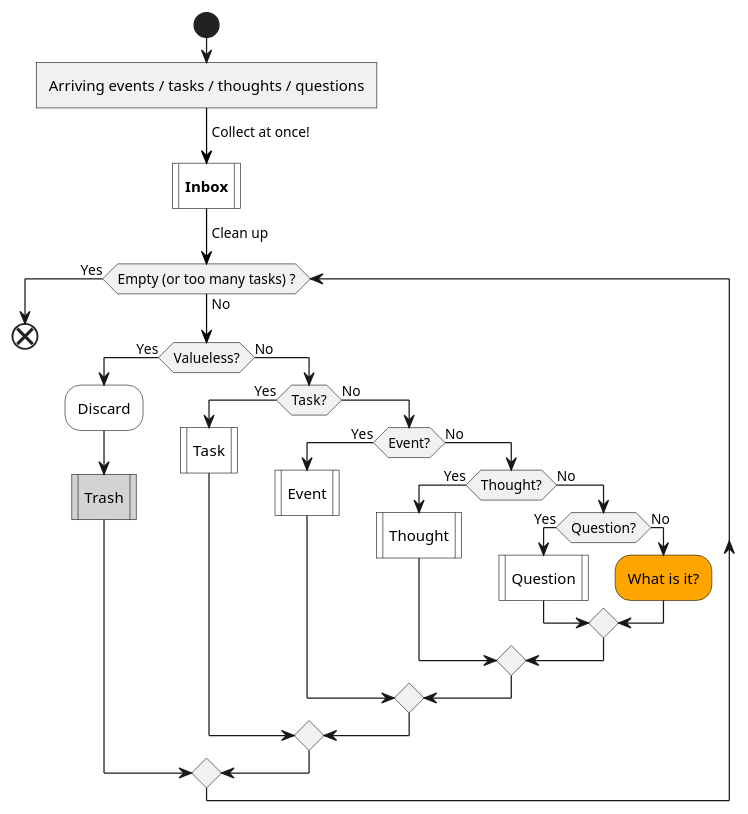
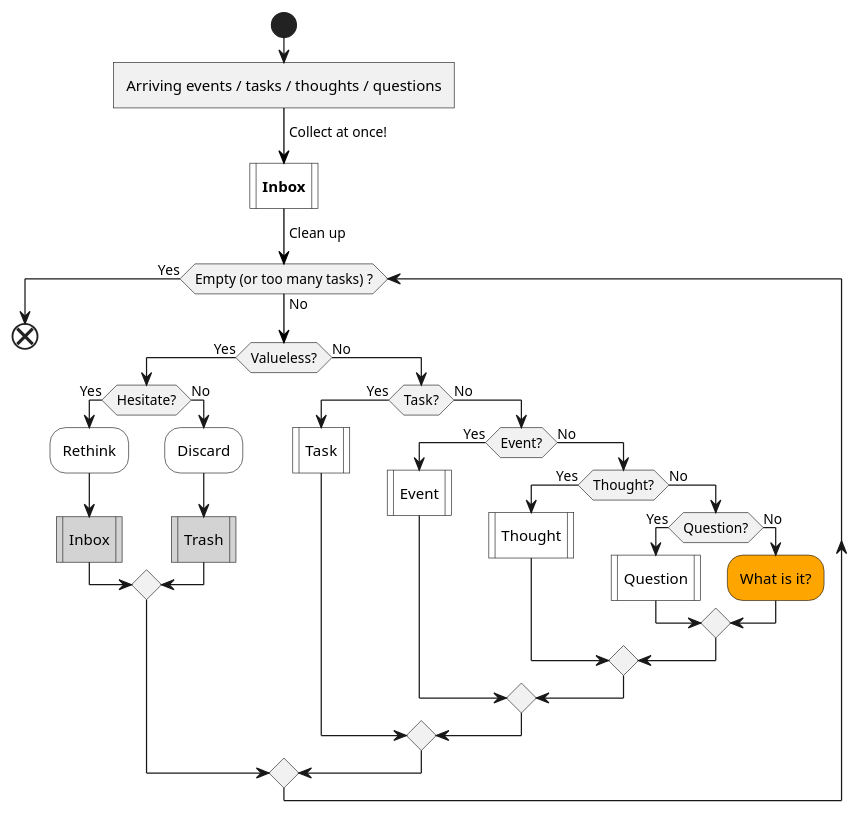
Before and after one commit to IceHe/icehe-lib: the first of 4 diagrams in lifelogs/rehabilitation.md, drawn with PlantUML.

Commit message:
2020-12-19 15:47:03 Sat

````diff
--- a/lifelogs/rehabilitation.md
+++ b/lifelogs/rehabilitation.md
@@ -186,34 +186,39 @@
 ```plantuml
 @startuml
 start
 :Arriving events / tasks / thoughts / questions]
 -[#black]-> Collect at once!;
 #white:**Inbox**|
 -[#black]-> Clean up;
 while (Empty (or too many tasks) ?) is (No)
     if (Valueless?) then (Yes)
-        #white:Discard;
-        #lightGray:Trash|
+        if (Hesitate?) then (Yes)
+            #white:Rethink;
+            #lightGray:Inbox|
+        else (No)
+            #white:Discard;
+            #lightGray:Trash|
+        endif
     else (No)
         if (Task?) then (Yes)
             #white:Task|
         else (No)
             if (Event?) then (Yes)
                 #white:Event|
             else (No)
                 if (Thought?) then (Yes)
                     #white:Thought|
                 else (No)
                     if (Question?) then (Yes)
                         #white:Question|
                     else (No)
                         #orange:What is it?;
                     endif
                 endif
             endif
         endif
     endif
 endwhile (Yes)
 end
 @enduml
 ```
````
